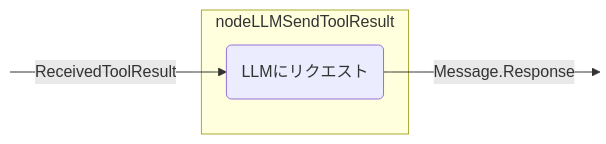
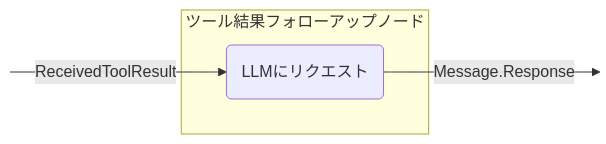
Diagram 12 of 15 in docs/ja/koog/nodes-and-components.md (BinaryTape/Open-Docs), drawn with Mermaid before and after one commit. The commit also changed other lines of this file and 164 other files, not shown here.

````diff
--- a/docs/ja/koog/nodes-and-components.md
+++ b/docs/ja/koog/nodes-and-components.md
@@ -639,13 +638,13 @@
 ```mermaid
 graph LR
     in:::hidden
     out:::hidden
     
-    subgraph node ["nodeLLMSendToolResult"]
+    subgraph node ["ツール結果フォローアップノード"]
         execute(LLMにリクエスト)
     end
     
     in --ReceivedToolResult--> execute --Message.Response--> out
 
     classDef hidden display: none;
 ```
````
